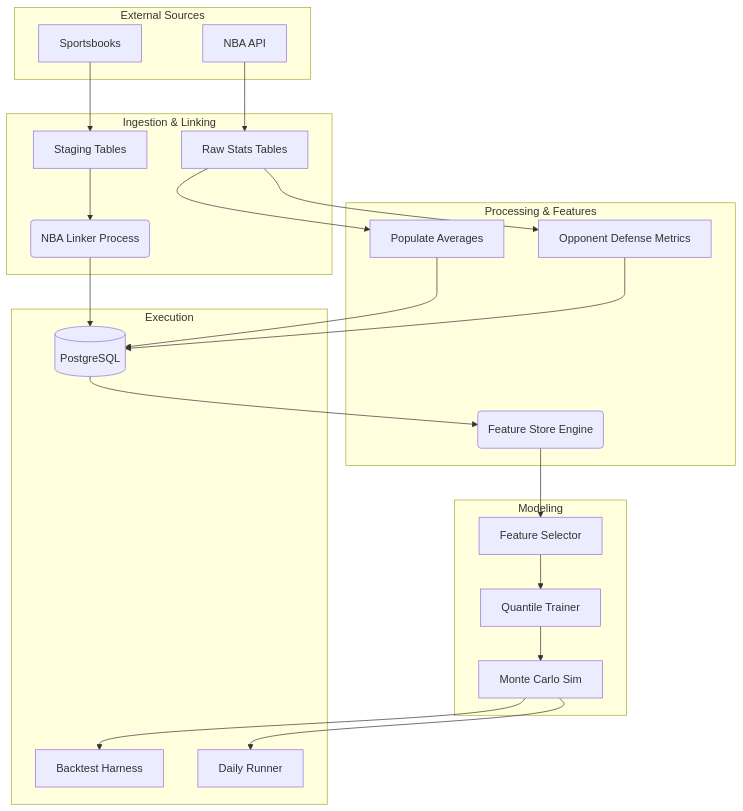
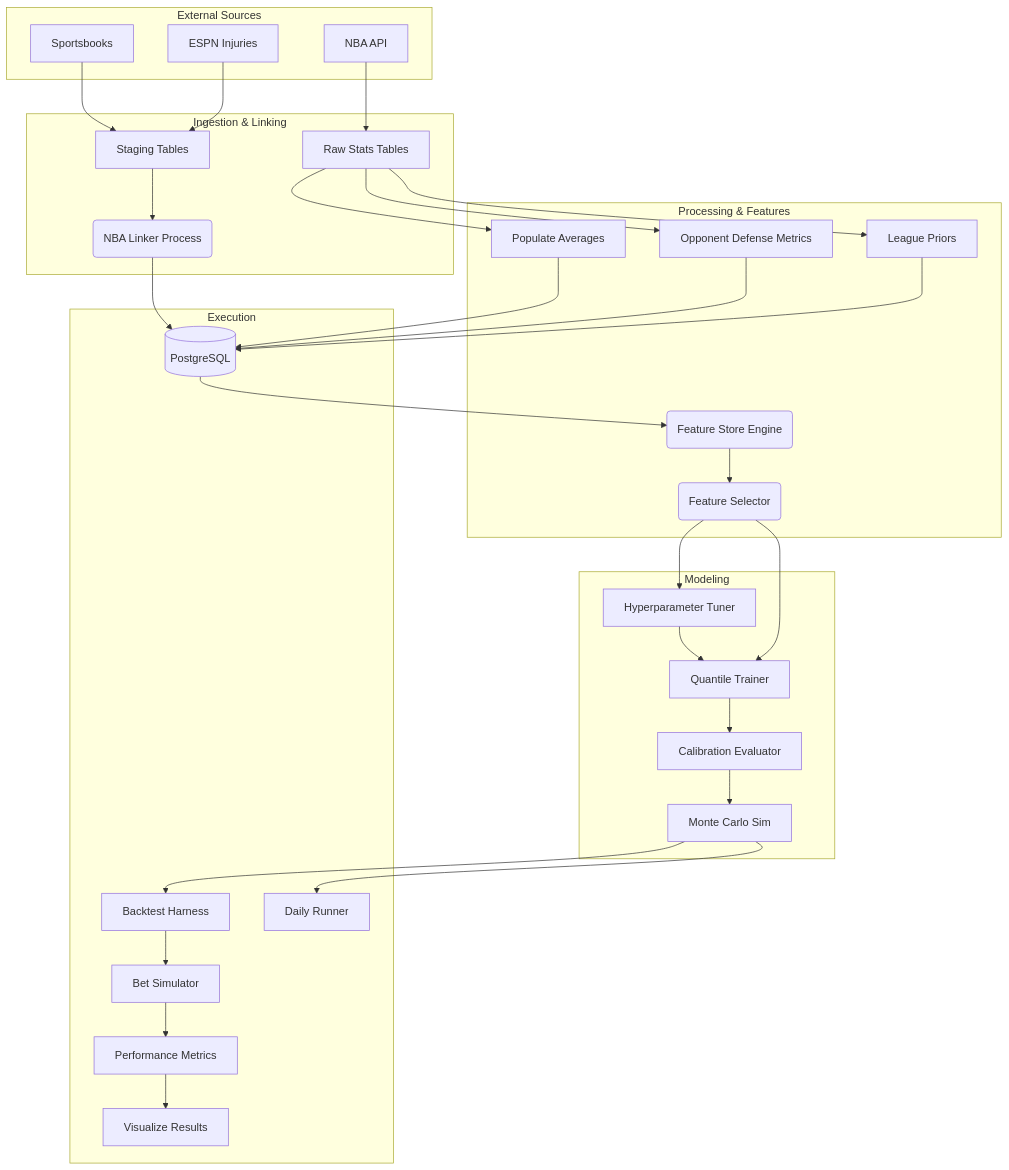
Before and after one commit to ChaseGuelette/GameFlowData: the diagram in ARCHITECTURE.md, drawn with Mermaid. The commit also changed other lines of this file and 2 other files, not shown here.

Commit message:
Updated outdated ActionItems, Architecture, and Changelog files.

````diff
--- a/ARCHITECTURE.md
+++ b/ARCHITECTURE.md
@@ -104,47 +250,63 @@
 ```mermaid
 graph TD
     subgraph "External Sources"
         NBA[NBA API]
         Odds[Sportsbooks]
+        ESPN[ESPN Injuries]
     end
 
     subgraph "Ingestion & Linking"
         RawStats[Raw Stats Tables]
         Staging[Staging Tables]
         Linker(NBA Linker Process)
     end
 
     subgraph "Processing & Features"
         AvgStats[Populate Averages]
         DefMetrics[Opponent Defense Metrics]
+        Priors[League Priors]
         FeatStore(Feature Store Engine)
+        FeatSelect(Feature Selector)
     end
 
     subgraph "Modeling"
+        HPO[Hyperparameter Tuner]
         Trainer[Quantile Trainer]
-        Selector[Feature Selector]
+        Calibrator[Calibration Evaluator]
         MC[Monte Carlo Sim]
     end
 
     subgraph "Execution"
         Backtest[Backtest Harness]
+        BetSim[Bet Simulator]
+        PerfMetrics[Performance Metrics]
         Daily[Daily Runner]
+        Viz[Visualize Results]
         DB[(PostgreSQL)]
     end
 
     NBA --> RawStats
     Odds --> Staging
+    ESPN --> Staging
     RawStats --> AvgStats
     RawStats --> DefMetrics
+    RawStats --> Priors
     Staging --> Linker
     Linker --> DB
     AvgStats --> DB
     DefMetrics --> DB
-    
+    Priors --> DB
+
     DB --> FeatStore
-    FeatStore --> Selector
-    Selector --> Trainer
-    Trainer --> MC
+    FeatStore --> FeatSelect
+    FeatSelect --> HPO
+    HPO --> Trainer
+    FeatSelect --> Trainer
+    Trainer --> Calibrator
+    Calibrator --> MC
     MC --> Daily
     MC --> Backtest
+    Backtest --> BetSim
+    BetSim --> PerfMetrics
+    PerfMetrics --> Viz
 ```
````
